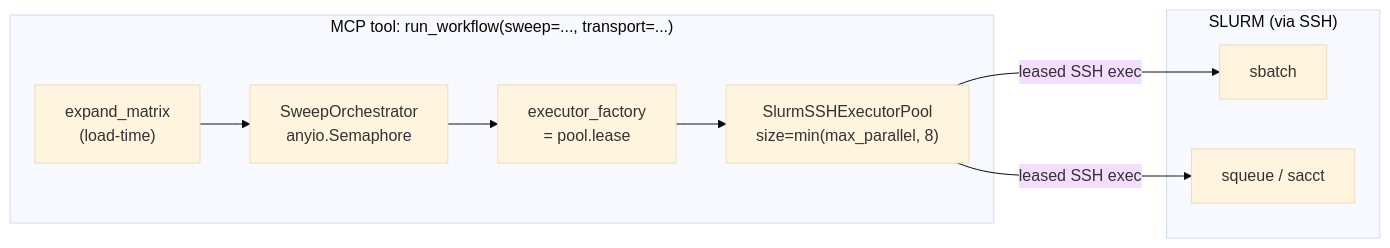
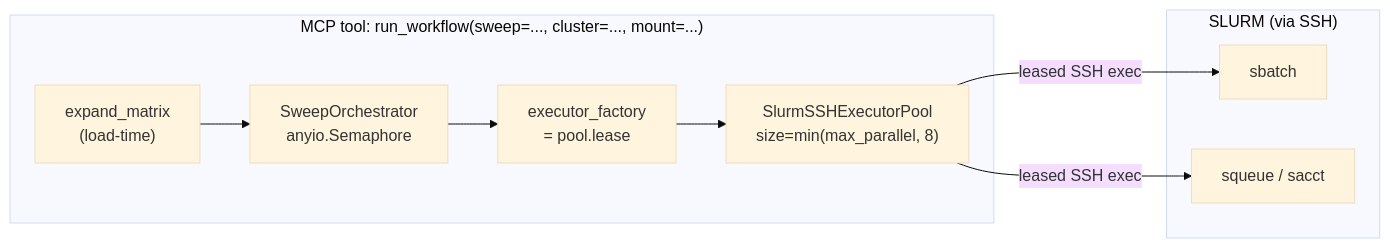
Before and after one commit to ksterx/srunx: the third of 3 diagrams in docs/explanation/mcp-architecture.md, drawn with Mermaid (base theme). The commit also changed other lines of this file and 184 other files, not shown here.

````diff
--- a/docs/explanation/mcp-architecture.md
+++ b/docs/explanation/mcp-architecture.md
@@ -161,17 +162,17 @@
 ```mermaid
 flowchart LR
-  subgraph mcp["MCP tool: run_workflow(sweep=..., transport=...)"]
+  subgraph mcp["MCP tool: run_workflow(sweep=..., cluster=..., mount=...)"]
     Expand["expand_matrix\n(load-time)"]
     Orchestrator["SweepOrchestrator\nanyio.Semaphore"]
     Factory["executor_factory\n= pool.lease"]
     Pool["SlurmSSHExecutorPool\nsize=min(max_parallel, 8)"]
     Expand --> Orchestrator
     Orchestrator --> Factory --> Pool
   end
   subgraph cluster["SLURM (via SSH)"]
     sbatch["sbatch"]
     squeue["squeue / sacct"]
   end
   Pool -- "leased SSH exec" --> sbatch
   Pool -- "leased SSH exec" --> squeue
 ```
````
